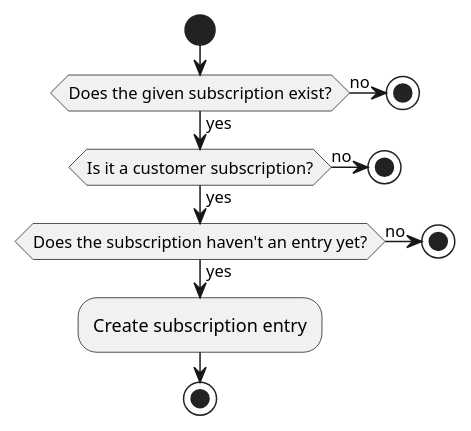
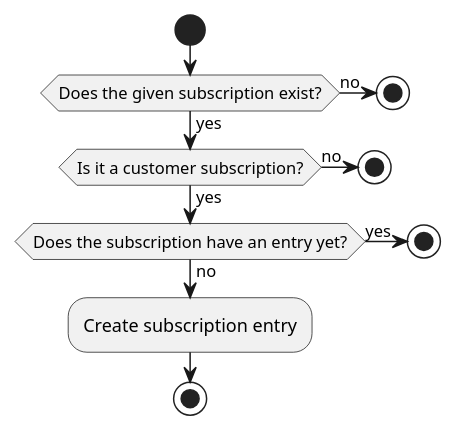
One commit to yesbabylon/symbiose-doc changed the first of 4 diagrams in docs/developer-manual/inventory/actions.md. Above: the diagram before and after it, drawn with PlantUML. The commit also changed other lines of this file and 1 other file, not shown here.

````diff
--- a/docs/developer-manual/inventory/actions.md
+++ b/docs/developer-manual/inventory/actions.md
@@ -11,23 +12,23 @@
 ```puml
 @startuml
 
 start
 
 if (Does the given subscription exist?) then (yes)
   if (Is it a customer subscription?) then (yes)
-    if (Does the subscription haven't an entry yet?) then (yes)
+    if (Does the subscription have an entry yet?) then (no)
       :Create subscription entry;
-    else(no)
+    else(yes)
       stop
     endif
   else(no)
     stop
   endif
 else (no)
   stop
 endif
 
 stop
 
 @enduml
 ```
````
